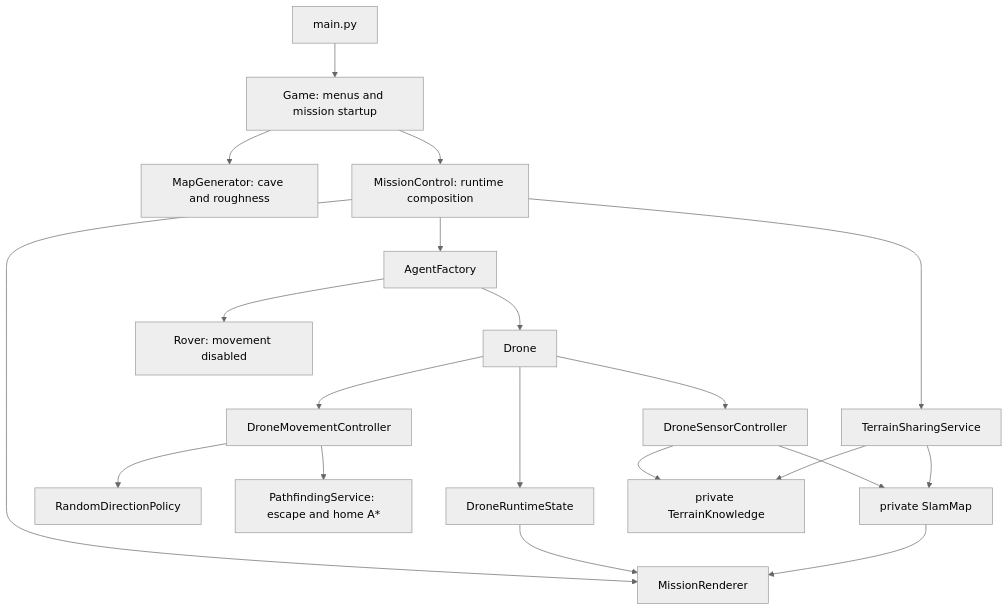
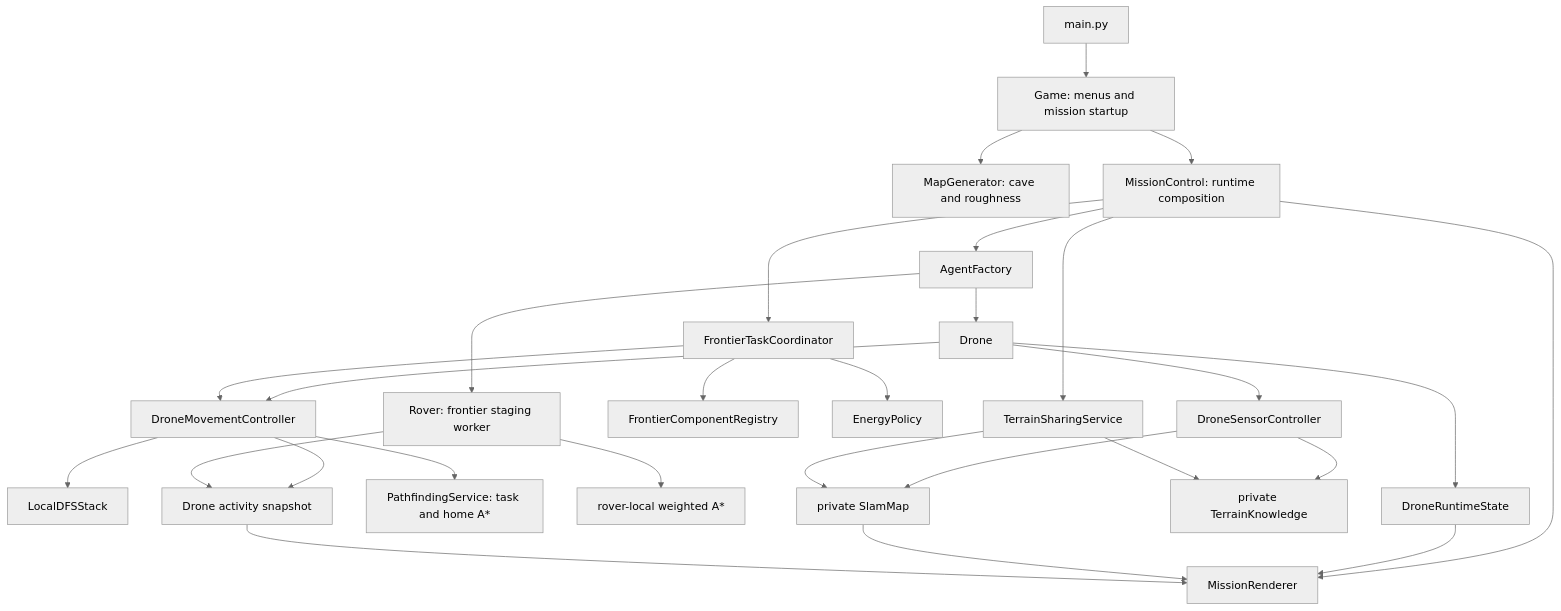
Before and after one commit to Gmark117/Cave_Game: the first of 2 diagrams in docs/CODEFLOW.md, drawn with Mermaid (neutral theme). The commit also changed other lines of this file and 55 other files, not shown here.

Commit message:
Switched from sector driven to frontier driven exploration policy

````diff
--- a/docs/CODEFLOW.md
+++ b/docs/CODEFLOW.md
@@ -8,22 +8,30 @@
 ```mermaid
 flowchart TD
     Main["main.py"] --> Game["Game: menus and mission startup"]
     Game --> Map["MapGenerator: cave and roughness"]
     Game --> Mission["MissionControl: runtime composition"]
     Mission --> Factory["AgentFactory"]
     Factory --> Drone["Drone"]
-    Factory --> Rover["Rover: movement disabled"]
+    Factory --> Rover["Rover: frontier staging worker"]
     Drone --> Movement["DroneMovementController"]
+    Mission --> Coordinator["FrontierTaskCoordinator"]
+    Coordinator --> Registry["FrontierComponentRegistry"]
+    Coordinator --> Energy["EnergyPolicy"]
+    Coordinator --> Movement
+    Movement --> DFS["LocalDFSStack"]
     Drone --> Sensor["DroneSensorController"]
     Drone --> State["DroneRuntimeState"]
-    Movement --> Random["RandomDirectionPolicy"]
-    Movement --> AStar["PathfindingService: escape and home A*"]
+    Movement --> AStar["PathfindingService: task and home A*"]
+    Rover --> RoverAStar["rover-local weighted A*"]
     Sensor --> Slam["private SlamMap"]
     Sensor --> Terrain["private TerrainKnowledge"]
     Mission --> Sharing["TerrainSharingService"]
     Sharing --> Slam
     Sharing --> Terrain
     Mission --> Render["MissionRenderer"]
     State --> Render
     Slam --> Render
+    Movement --> UIState["Drone activity snapshot"]
+    Rover --> UIState
+    UIState --> Render
 ```
````
